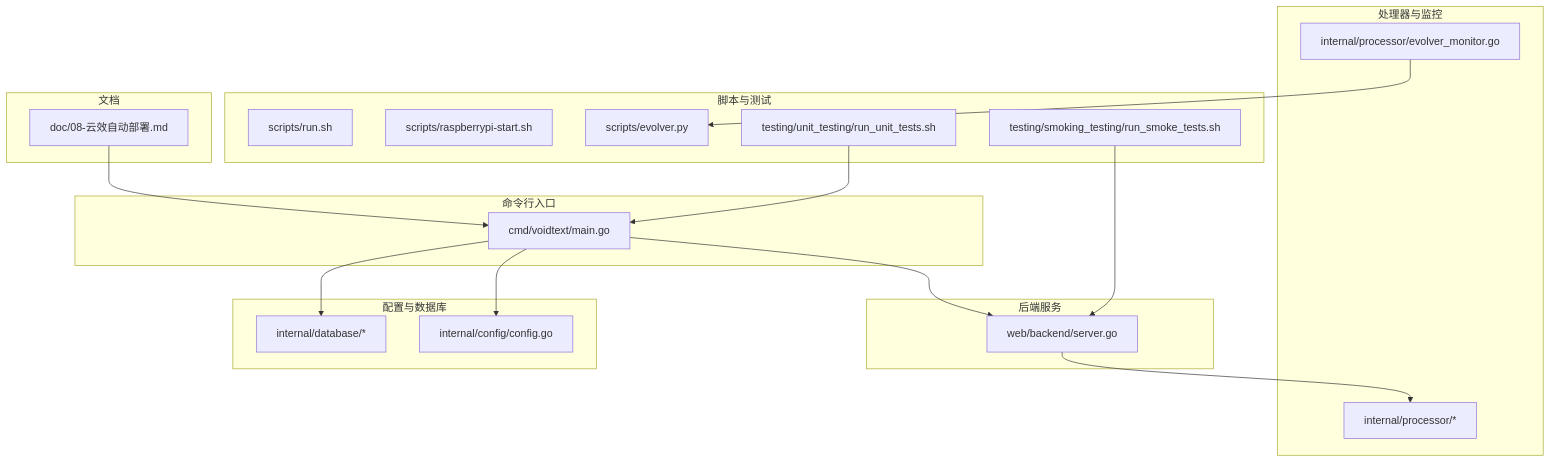
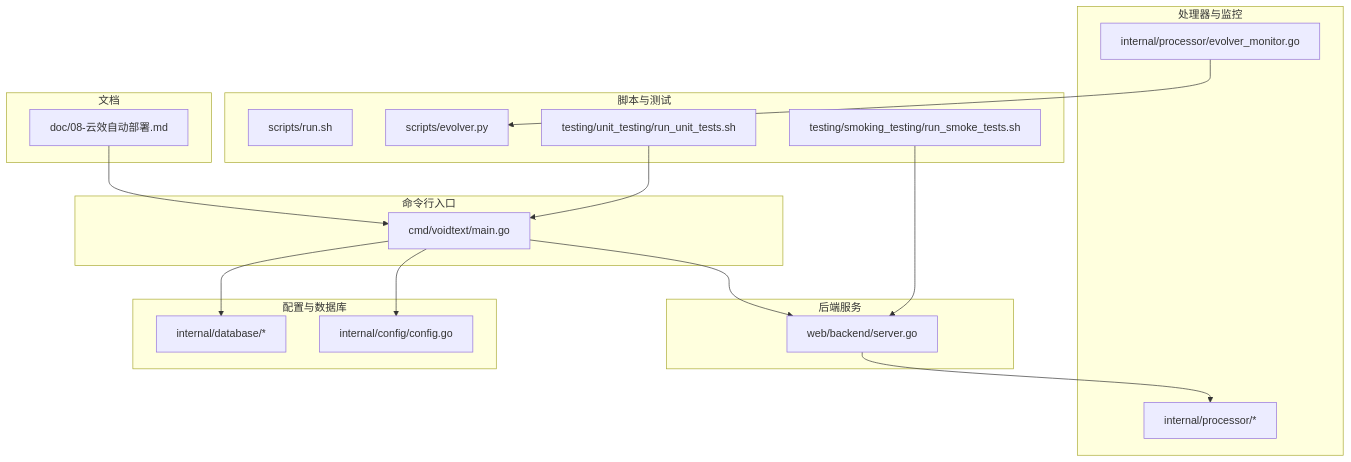
The first of 5 diagrams in repowikis/07-部署运维/自动化部署.md (handy-h/VoidText), drawn with Mermaid before and after one commit. The commit also changed other lines of this file and 11 other files, not shown here.

````diff
--- a/repowikis/07-部署运维/自动化部署.md
+++ b/repowikis/07-部署运维/自动化部署.md
@@ -36,35 +36,34 @@
 ```mermaid
 graph TB
 subgraph "命令行入口"
 M["cmd/voidtext/main.go"]
 end
 subgraph "后端服务"
 S["web/backend/server.go"]
 end
 subgraph "配置与数据库"
 C["internal/config/config.go"]
 D["internal/database/*"]
 end
 subgraph "处理器与监控"
 P["internal/processor/*"]
 E["internal/processor/evolver_monitor.go"]
 end
 subgraph "脚本与测试"
 R["scripts/run.sh"]
-RS["scripts/raspberrypi-start.sh"]
 PY["scripts/evolver.py"]
 UT["testing/unit_testing/run_unit_tests.sh"]
 ST["testing/smoking_testing/run_smoke_tests.sh"]
 end
 subgraph "文档"
 DOC["doc/08-云效自动部署.md"]
 end
 M --> S
 M --> C
 M --> D
 S --> P
 E --> PY
 UT --> M
 ST --> S
 DOC --> M
 ```
````
